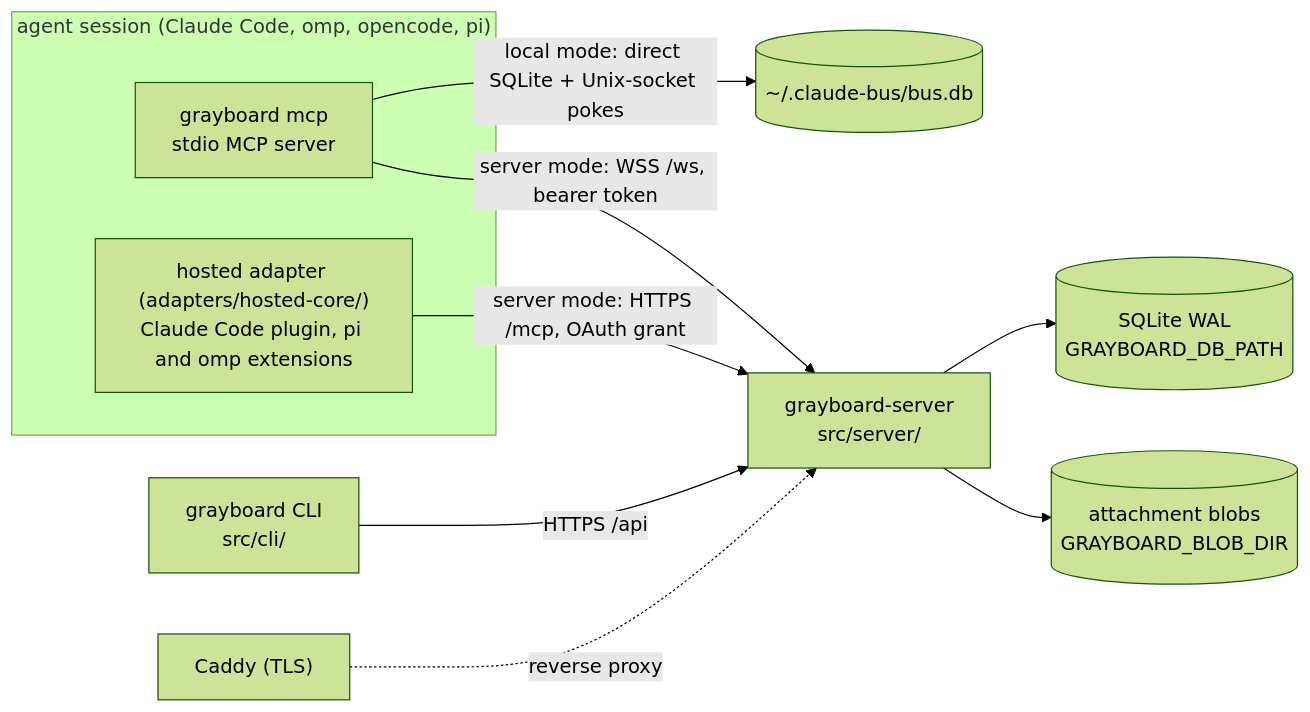
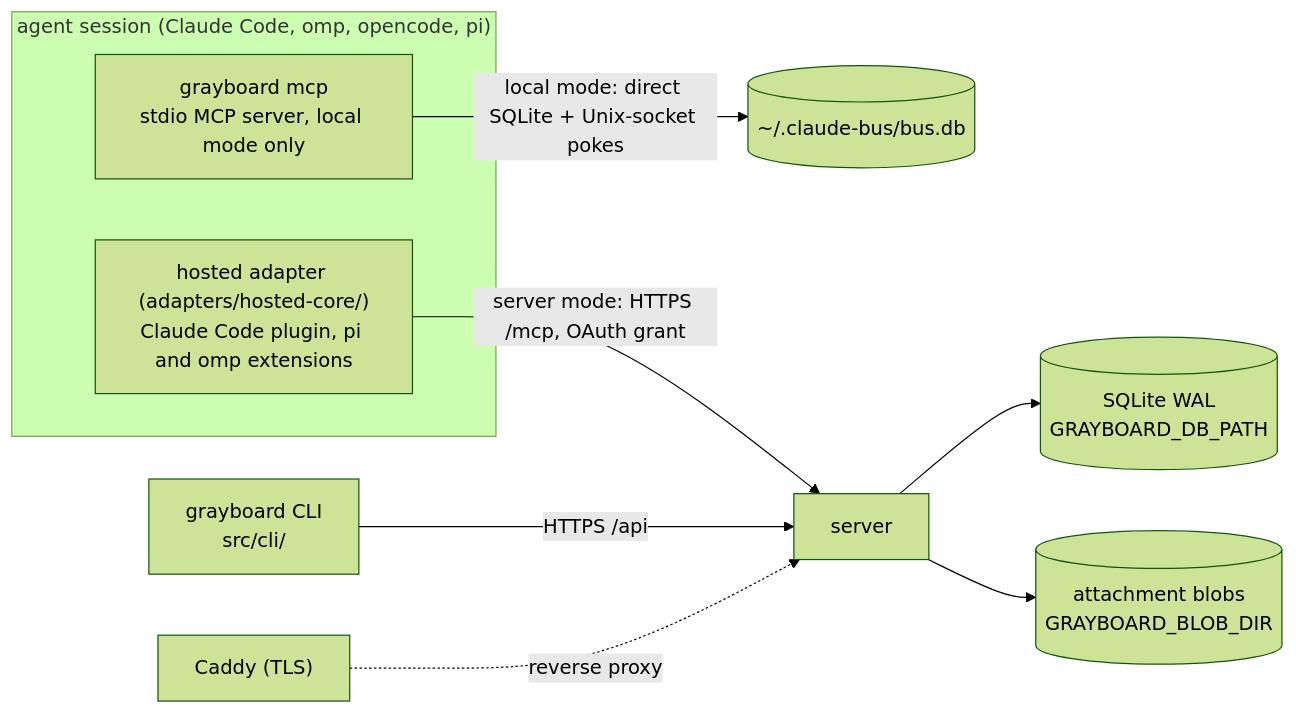
One commit to nolnoch/grayboard changed the diagram in docs/architecture.md. Above: the diagram before and after it, drawn with Mermaid (forest theme). The commit also changed other lines of this file and 9 other files, not shown here.

Commit message:
wip: setup skips the server-mode opencode entry, docs reconcile, signed-out tests follow mcp being local-only (#282)

````diff
--- a/docs/architecture.md
+++ b/docs/architecture.md
@@ -12,14 +12,13 @@
 ```mermaid
 flowchart LR
   subgraph session["agent session (Claude Code, omp, opencode, pi)"]
-    mcp["grayboard mcp<br/>stdio MCP server"]
+    mcp["grayboard mcp<br/>stdio MCP server, local mode only"]
     hosted["hosted adapter (adapters/hosted-core/)<br/>Claude Code plugin, pi and omp extensions"]
   end
   hosted -->|"server mode: HTTPS /mcp, OAuth grant"| server
   mcp -->|"local mode: direct SQLite + Unix-socket pokes"| localdb[("~/.claude-bus/bus.db")]
-  mcp -->|"server mode: WSS /ws, bearer token"| server["grayboard-server<br/>src/server/"]
   cli["grayboard CLI<br/>src/cli/"] -->|HTTPS /api| server
   server --> serverdb[("SQLite WAL<br/>GRAYBOARD_DB_PATH")]
   server --> blobs[("attachment blobs<br/>GRAYBOARD_BLOB_DIR")]
   caddy["Caddy (TLS)"] -.->|reverse proxy| server
 ```
````
